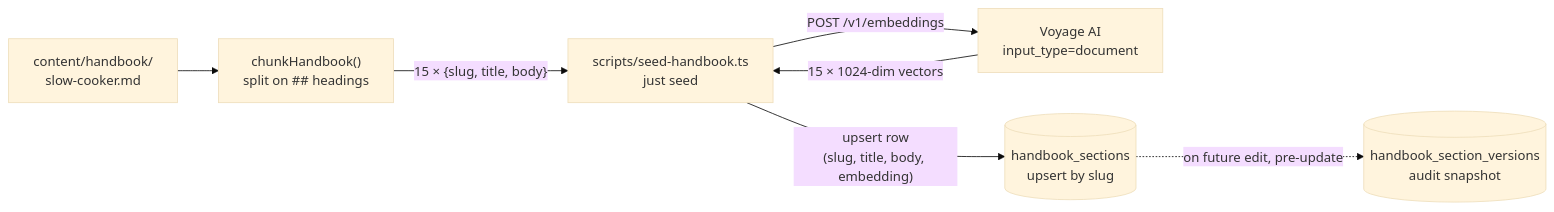
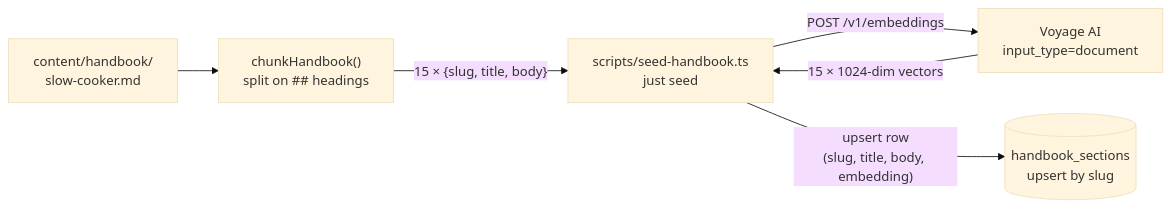
The third of 5 diagrams in docs/ARCHITECTURE.md (cooksterj/brightwheel-frontdesk), drawn with Mermaid (base theme) before and after one commit. The commit also changed other lines of this file and 31 other files, not shown here.

````diff
--- a/docs/ARCHITECTURE.md
+++ b/docs/ARCHITECTURE.md
@@ -90,16 +131,14 @@
 ```mermaid
 flowchart LR
     MD[content/handbook/<br/>slow-cooker.md]
     Chunk["chunkHandbook()<br/>split on ## headings"]
     Seed["scripts/seed-handbook.ts<br/>just seed"]
     Voyage[Voyage AI<br/>input_type=document]
     DB[("handbook_sections<br/>upsert by slug")]
-    Ver[(handbook_section_versions<br/>audit snapshot)]
 
     MD --> Chunk
     Chunk -- "15 × {slug, title, body}" --> Seed
-    Seed -- "POST /v1/embeddings" --> Voyage
+    Seed -- POST /v1/embeddings --> Voyage
     Voyage -- "15 × 1024-dim vectors" --> Seed
     Seed -- "upsert row<br/>(slug, title, body, embedding)" --> DB
-    DB -.-> |on future edit, pre-update| Ver
 ```
````
